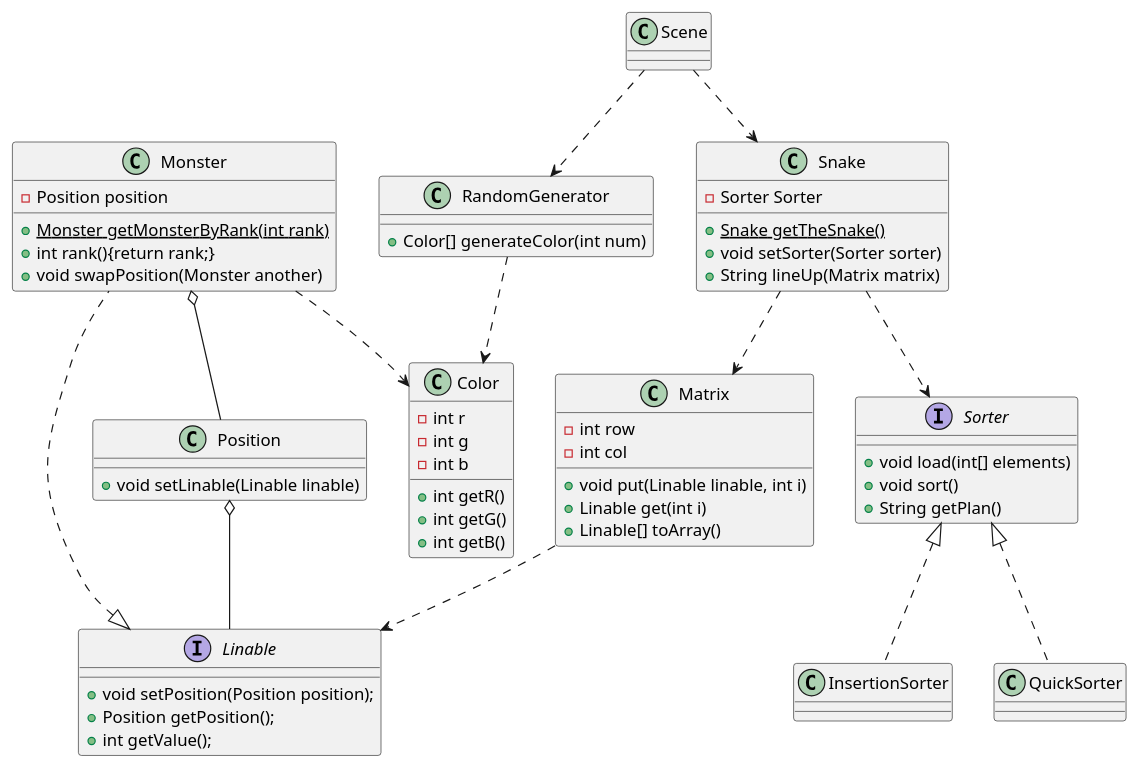
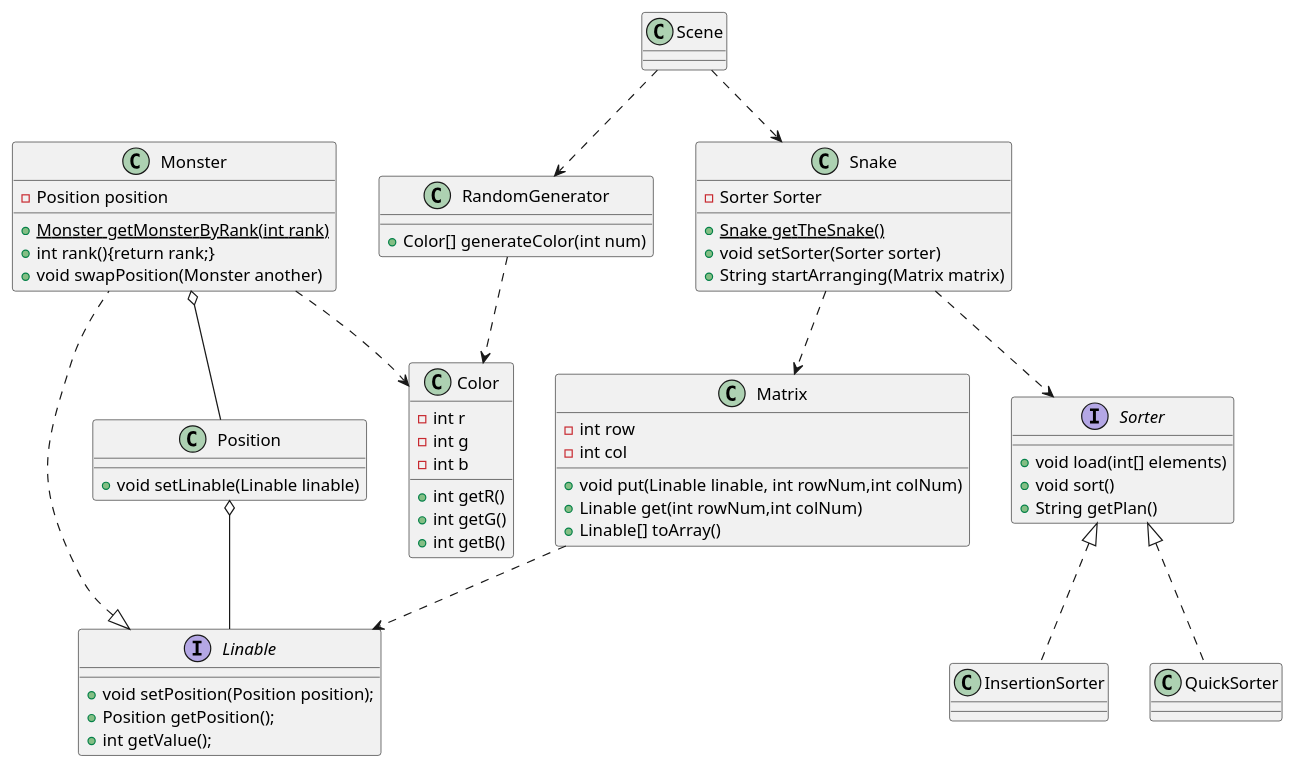
Before and after one commit to jwork-2021-attic/jw02-SUNLIFAN: the diagram in S201250181/uml/participants2.wsd, drawn with PlantUML. The commit also changed 17 other files, not shown here.

```diff
--- a/S201250181/uml/participants2.wsd
+++ b/S201250181/uml/participants2.wsd
@@ -1,53 +1,53 @@
 @startuml participants2
 class Color 
 interface Sorter 
 class InsertionSorter
 class QuickSorter
 interface Linable
 class Matrix 
 class Monster
 class RandomGenerator
 class Scene 
 class Snake 
 class Position 
 Matrix : - int row 
 Matrix : - int col 
 Snake ..> Sorter
 Matrix ..> Linable
 Linable <|.. Monster
 Sorter <|.. QuickSorter
 Sorter <|.. InsertionSorter
 Monster o-- Position
 Position o-- Linable
 Snake ..> Matrix
 Monster ..> Color
 RandomGenerator ..> Color
 Scene ..> RandomGenerator
 Scene ..> Snake
 Monster : + {static}Monster getMonsterByRank(int rank)
 Monster : + int rank(){return rank;}
 Monster : + void swapPosition(Monster another)
 Linable : + void setPosition(Position position);
 Linable : + Position getPosition();
 Linable : + int getValue();
 Monster : - Position position
-Matrix : + void put(Linable linable, int i)
-Matrix : + Linable get(int i)
+Matrix : + void put(Linable linable, int rowNum,int colNum)
+Matrix : + Linable get(int rowNum,int colNum)
 Position : + void setLinable(Linable linable)
 Matrix : + Linable[] toArray()
 Sorter : + void load(int[] elements)
 Sorter : + void sort()
 Sorter : + String getPlan()
 Snake : - Sorter Sorter
 Snake : + {static} Snake getTheSnake()
 Snake : + void setSorter(Sorter sorter)
-Snake : + String lineUp(Matrix matrix)
+Snake : + String startArranging(Matrix matrix)
 Color : - int r 
 Color : - int g 
 Color : - int b 
 Color : + int getR()
 Color : + int getG()
 Color : + int getB()
 RandomGenerator : + Color[] generateColor(int num)
 
 @enduml
```
